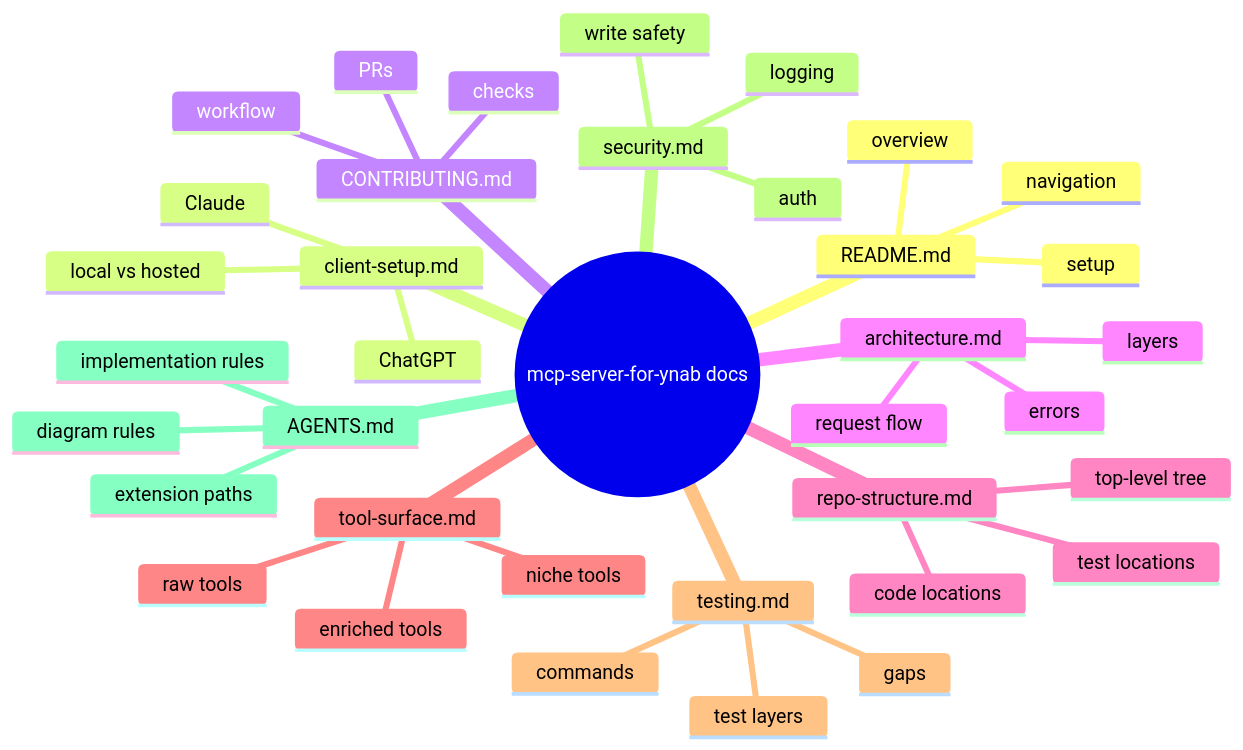
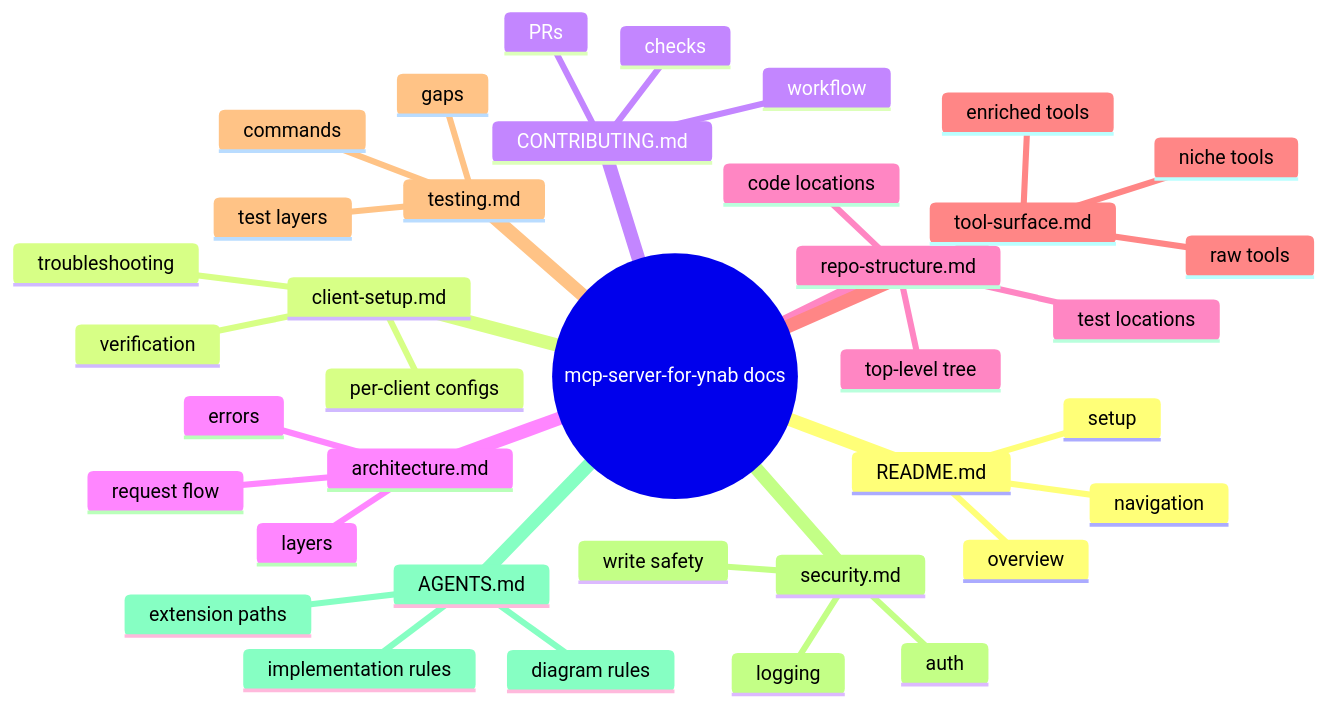
The diagram in docs/README.md (hs737/mcp-server-for-ynab), drawn with Mermaid before and after one commit. The commit also changed other lines of this file and 3 other files, not shown here.

````diff
--- a/docs/README.md
+++ b/docs/README.md
@@ -18,40 +18,40 @@
 ```mermaid
 mindmap
   root((mcp-server-for-ynab docs))
     README.md
       setup
       overview
       navigation
     client-setup.md
-      Claude
-      ChatGPT
-      local vs hosted
+      per-client configs
+      verification
+      troubleshooting
     CONTRIBUTING.md
       workflow
       PRs
       checks
     architecture.md
       layers
       request flow
       errors
     repo-structure.md
       top-level tree
       code locations
       test locations
     tool-surface.md
       raw tools
       enriched tools
       niche tools
     testing.md
       test layers
       commands
       gaps
     security.md
       auth
       logging
       write safety
     AGENTS.md
       implementation rules
       extension paths
       diagram rules
 ```
````
